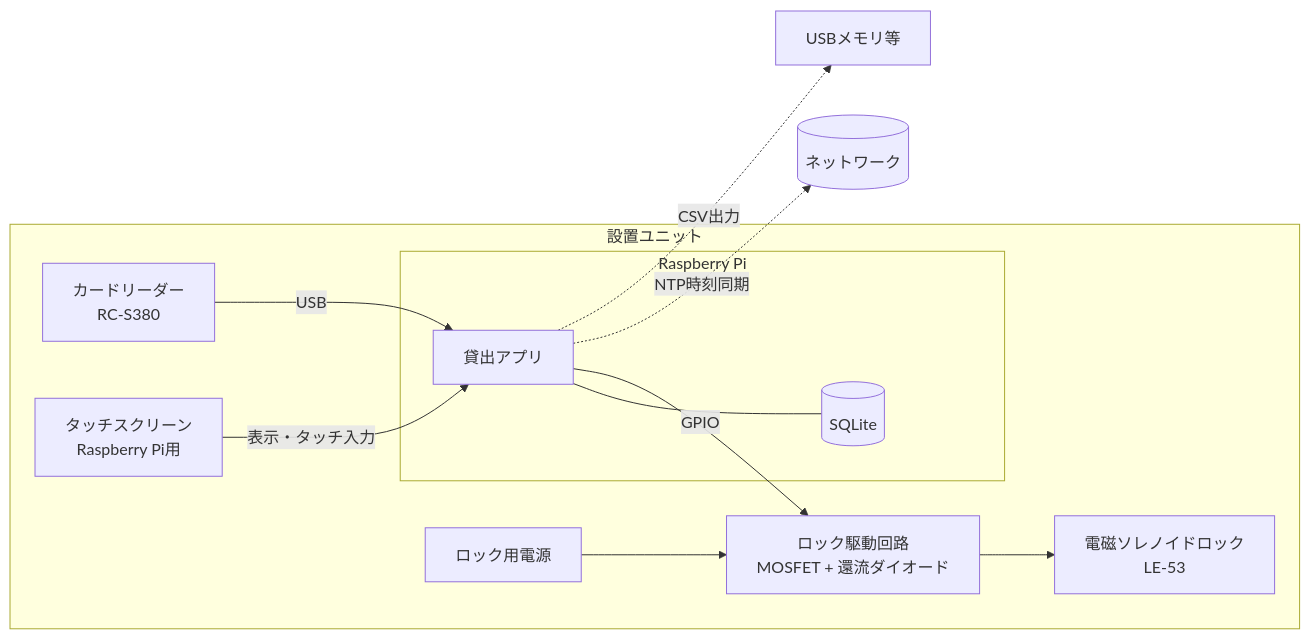
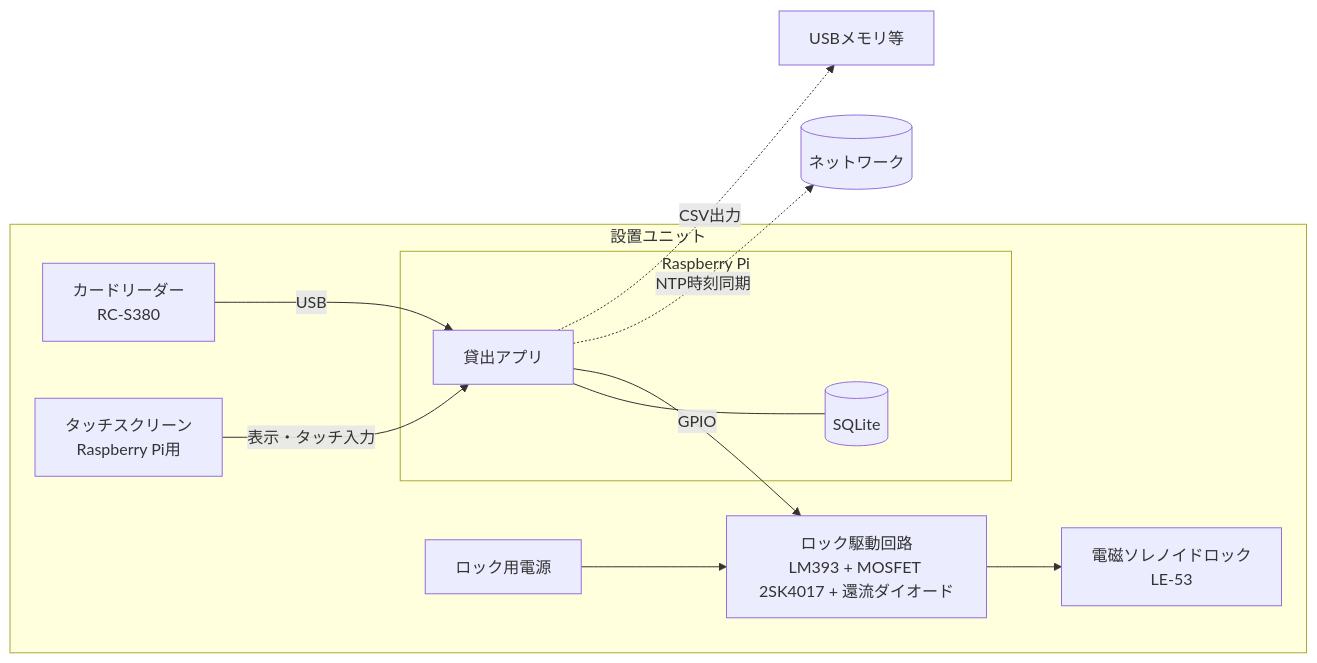
Before and after one commit to ootomonaiso/card: the first of 3 diagrams in docs/05_システム設計書.md, drawn with Mermaid. The commit also changed 9 other files, not shown here.

````diff
--- a/docs/05_システム設計書.md
+++ b/docs/05_システム設計書.md
@@ -15,22 +15,22 @@
 ```mermaid
 flowchart LR
   subgraph HW[設置ユニット]
     CR[カードリーダー<br/>RC-S380]
     TS[タッチスクリーン<br/>Raspberry Pi用]
     subgraph PI[Raspberry Pi]
       APP[貸出アプリ]
       DB[(SQLite)]
       APP --- DB
     end
-    DRV[ロック駆動回路<br/>MOSFET + 還流ダイオード]
+    DRV[ロック駆動回路<br/>LM393 + MOSFET 2SK4017 + 還流ダイオード]
     LK[電磁ソレノイドロック<br/>LE-53]
     PSU[ロック用電源]
   end
   CR -- USB --> APP
   TS -- 表示・タッチ入力 --> APP
   APP -- GPIO --> DRV
   PSU --> DRV
   DRV --> LK
   APP -. NTP時刻同期 .-> NET[(ネットワーク)]
   APP -. CSV出力 .-> USBM[USBメモリ等]
 ```
````
